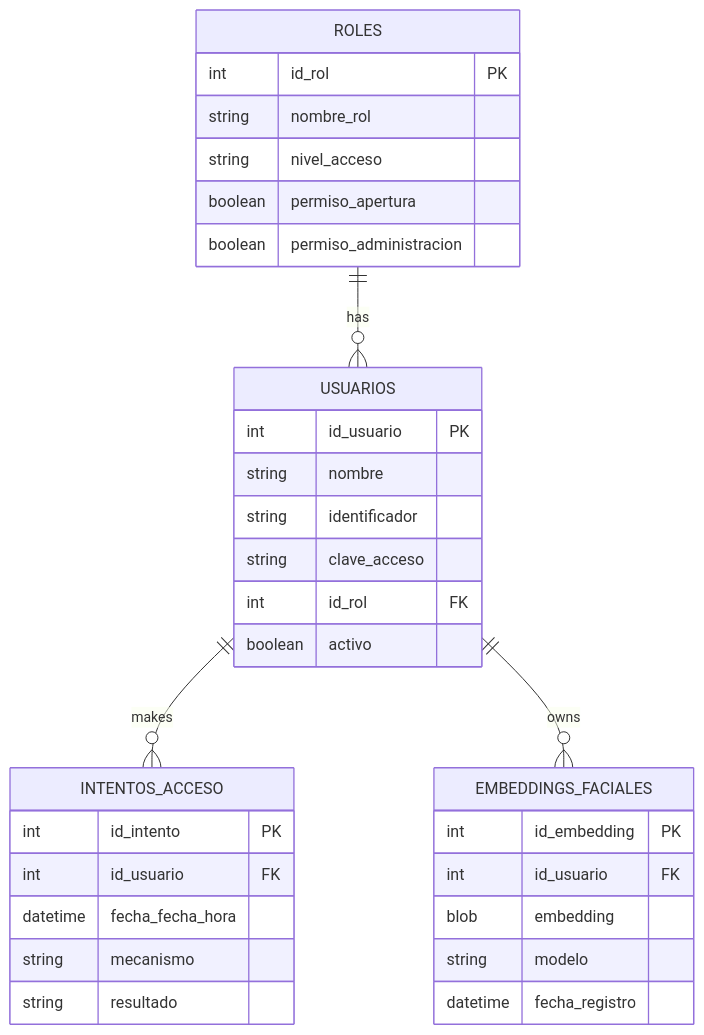
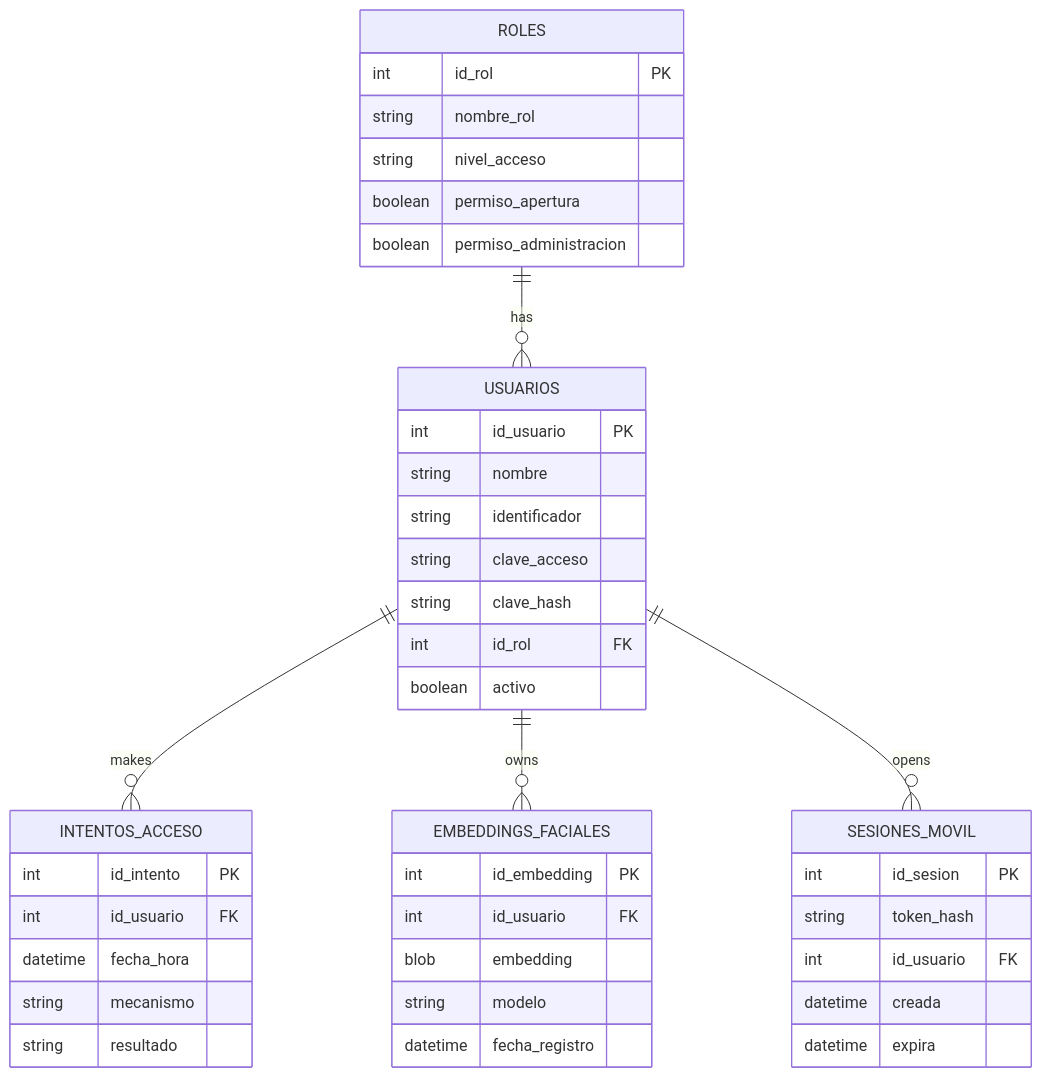
The diagram in documentacion/data.md (Gowrgie/ControlAccesoLocal), drawn with Mermaid before and after one commit.

Commit message:
docs: new adds on the entity relationship role

````diff
--- a/documentacion/data.md
+++ b/documentacion/data.md
@@ -1,39 +1,49 @@
 ```mermaid
 erDiagram
     ROLES ||--o{ USUARIOS : "has"
     USUARIOS ||--o{ INTENTOS_ACCESO : "makes"
     USUARIOS ||--o{ EMBEDDINGS_FACIALES : "owns"
+    USUARIOS ||--o{ SESIONES_MOVIL : "opens"
 
     ROLES {
         int id_rol PK
         string nombre_rol
         string nivel_acceso
         boolean permiso_apertura
         boolean permiso_administracion
     }
 
     USUARIOS {
         int id_usuario PK
         string nombre
         string identificador
         string clave_acceso
+        string clave_hash
         int id_rol FK
         boolean activo
     }
 
     INTENTOS_ACCESO {
         int id_intento PK
         int id_usuario FK
-        datetime fecha_fecha_hora
+        datetime fecha_hora
         string mecanismo
         string resultado
     }
 
     EMBEDDINGS_FACIALES {
         int id_embedding PK
         int id_usuario FK
         blob embedding
         string modelo
         datetime fecha_registro
     }
+
+    SESIONES_MOVIL {
+        int id_sesion PK
+        string token_hash
+        int id_usuario FK
+        datetime creada
+        datetime expira
+    }
 ```
````
